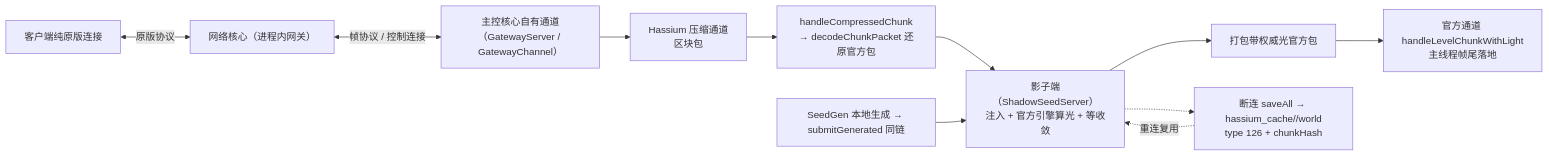
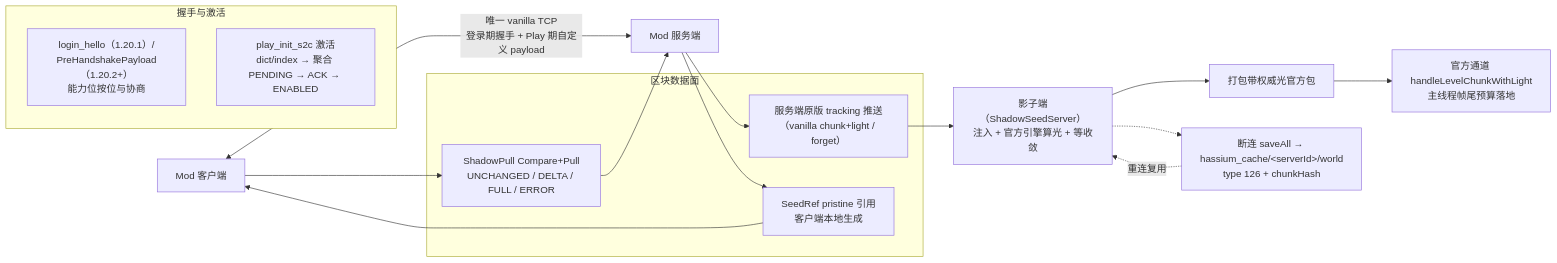
One commit to limuqy/Hassium changed the diagram in README.md. Above: the diagram before and after it, drawn with Mermaid. The commit also changed other lines of this file and 38 other files, not shown here.

````diff
--- a/README.md
+++ b/README.md
@@ -125,20 +132,24 @@
 ```mermaid
 flowchart LR
-    client["客户端纯原版连接"]
-    gw["网络核心（进程内网关）"]
-    mc["主控核心自有通道<br/>（GatewayServer / GatewayChannel）"]
-    wire["Hassium 压缩通道<br/>区块包"]
-    decode["handleCompressedChunk<br/>→ decodeChunkPacket 还原官方包"]
+    client["Mod 客户端"] <-->|"唯一 vanilla TCP<br/>登录期握手 + Play 期自定义 payload"| server["Mod 服务端"]
+    subgraph 握手与激活
+        hs["login_hello（1.20.1）/<br/>PreHandshakePayload（1.20.2+）<br/>能力位按位与协商"]
+        act["play_init_s2c 激活<br/>dict/index → 聚合 PENDING → ACK → ENABLED"]
+    end
+    subgraph 区块数据面
+        push["服务端原版 tracking 推送<br/>（vanilla chunk+light / forget）"]
+        pull["ShadowPull Compare+Pull<br/>UNCHANGED / DELTA / FULL / ERROR"]
+        seed["SeedRef pristine 引用<br/>客户端本地生成"]
+    end
     shadow["影子端（ShadowSeedServer）<br/>注入 + 官方引擎算光 + 等收敛"]
     pack["打包带权威光官方包"]
-    apply["官方通道 handleLevelChunkWithLight<br/>主线程帧尾落地"]
-    save["断连 saveAll → hassium_cache/<serverId>/world<br/>type 126 + chunkHash"]
-    regen["SeedGen 本地生成 → submitGenerated 同链"]
+    apply["官方通道 handleLevelChunkWithLight<br/>主线程帧尾预算落地"]
+    save["断连 saveAll → hassium_cache/&lt;serverId&gt;/world<br/>type 126 + chunkHash"]
 
-    client <-->|"原版协议"| gw
-    gw <-->|"帧协议 / 控制连接"| mc
-    mc --> wire --> decode --> shadow --> pack --> apply
-    regen --> shadow
+    server --> push --> shadow
+    client --> pull --> server
+    server --> seed --> client
+    shadow --> pack --> apply
     shadow -.-> save
     save -.->|"重连复用"| shadow
 ```
````
